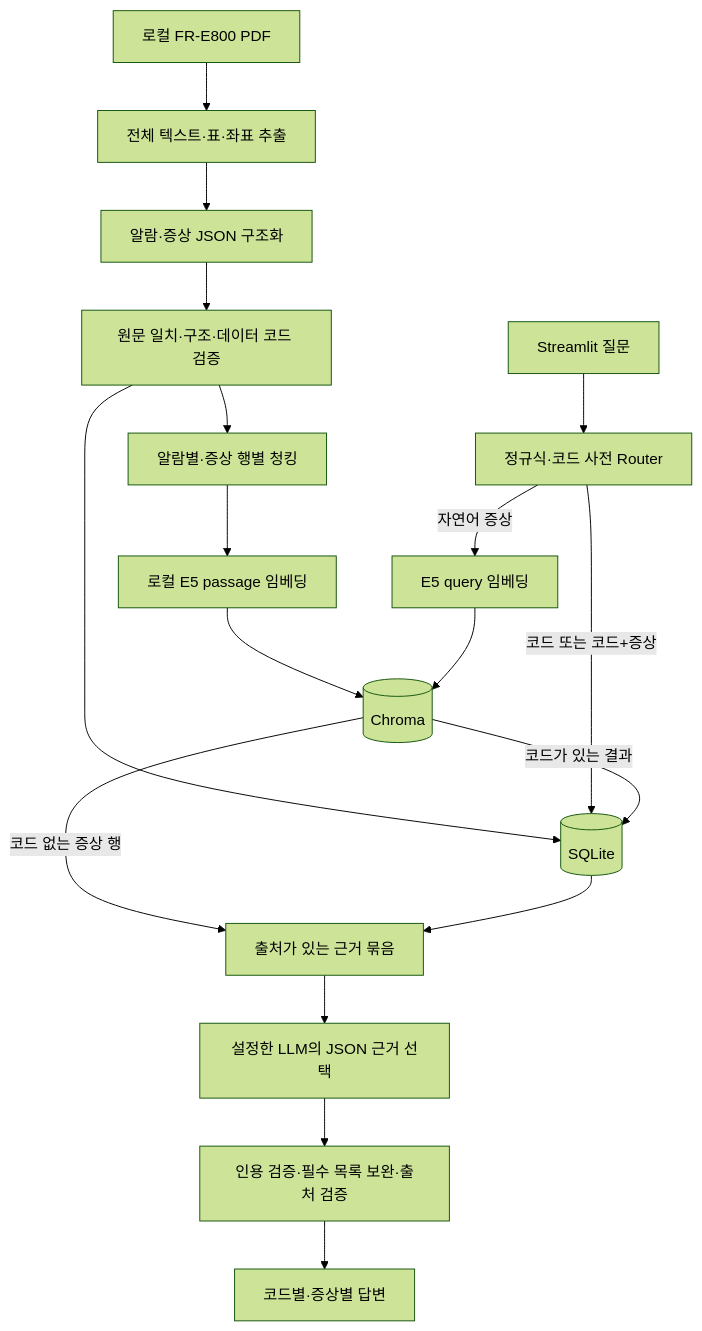
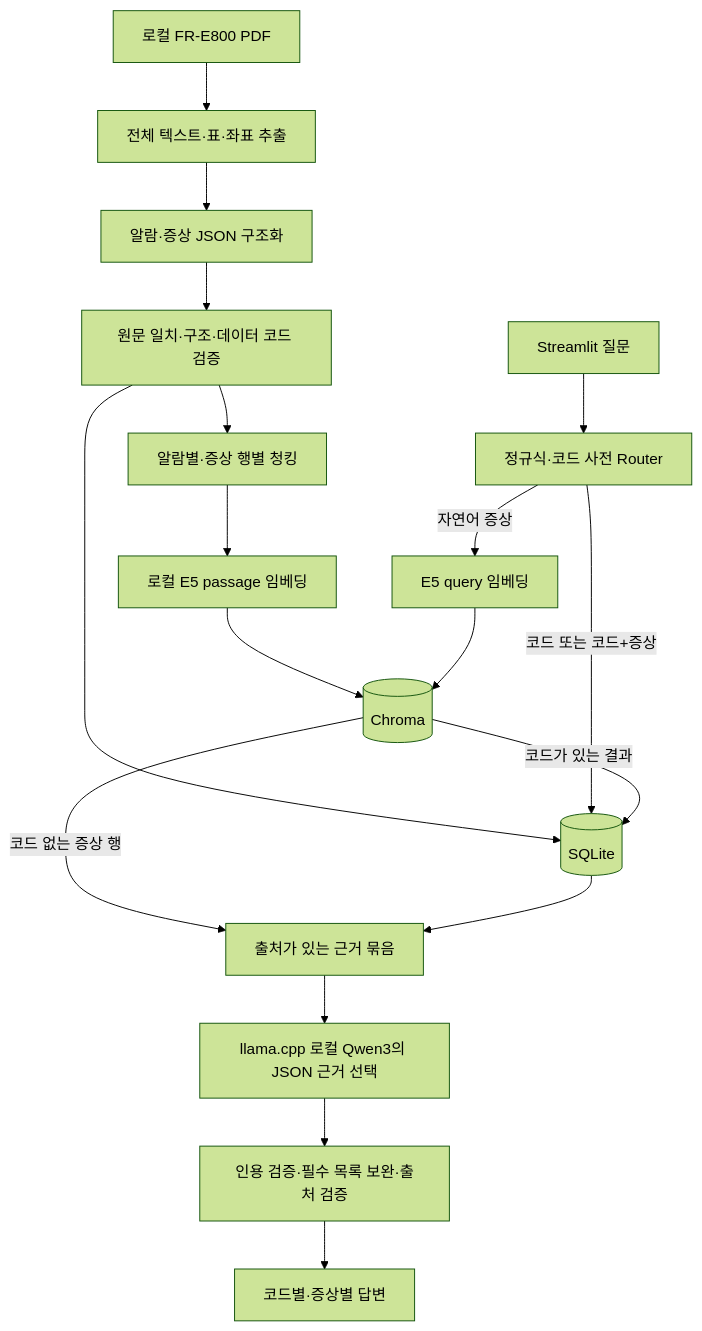
Before and after one commit to js05157/manufacturing-alarm-rag: the diagram in README.md, drawn with Mermaid (forest theme). The commit also changed other lines of this file and 3 other files, not shown here.

````diff
--- a/README.md
+++ b/README.md
@@ -28,20 +83,20 @@
 ```mermaid
 flowchart TD
     P[로컬 FR-E800 PDF] --> X[전체 텍스트·표·좌표 추출]
     X --> J[알람·증상 JSON 구조화]
     J --> V[원문 일치·구조·데이터 코드 검증]
     V --> S[(SQLite)]
     V --> C[알람별·증상 행별 청킹]
     C --> E[로컬 E5 passage 임베딩]
     E --> D[(Chroma)]
     Q[Streamlit 질문] --> R[정규식·코드 사전 Router]
     R -->|코드 또는 코드+증상| S
     R -->|자연어 증상| QE[E5 query 임베딩]
     QE --> D
     D -->|코드가 있는 결과| S
     D -->|코드 없는 증상 행| G[출처가 있는 근거 묶음]
     S --> G
-    G --> L[설정한 LLM의 JSON 근거 선택]
+    G --> L[llama.cpp 로컬 Qwen3의 JSON 근거 선택]
     L --> A[인용 검증·필수 목록 보완·출처 검증]
     A --> U[코드별·증상별 답변]
 ```
````
